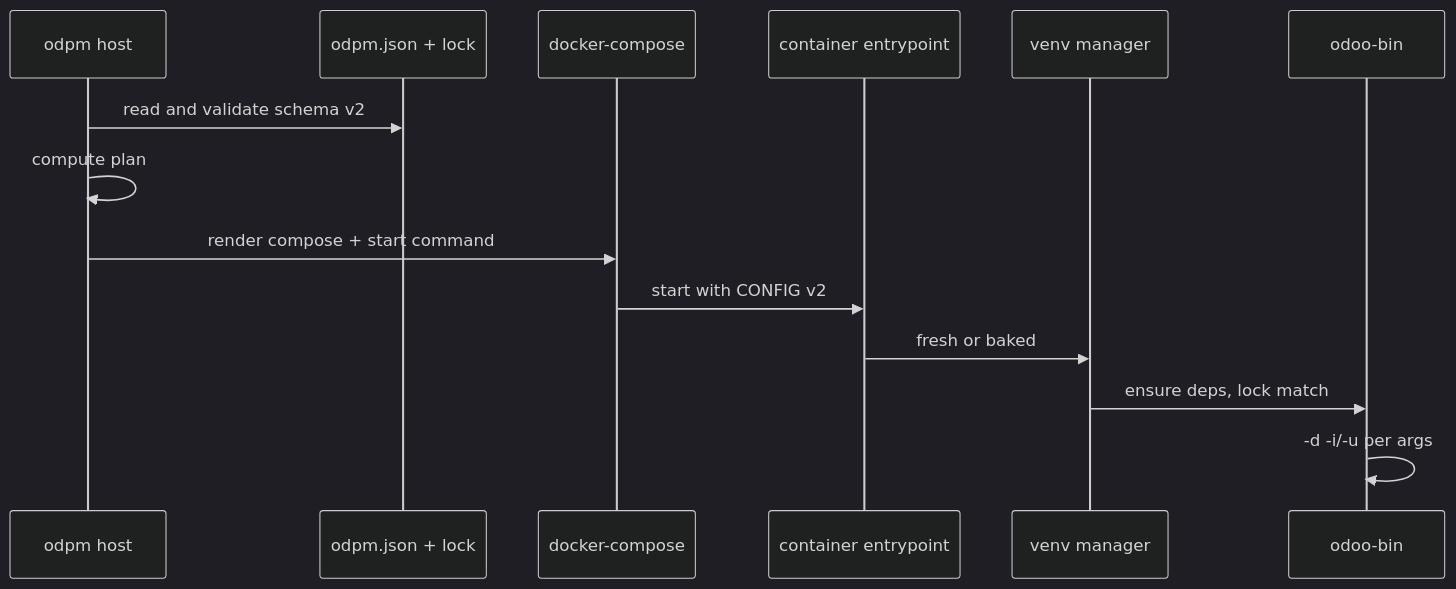
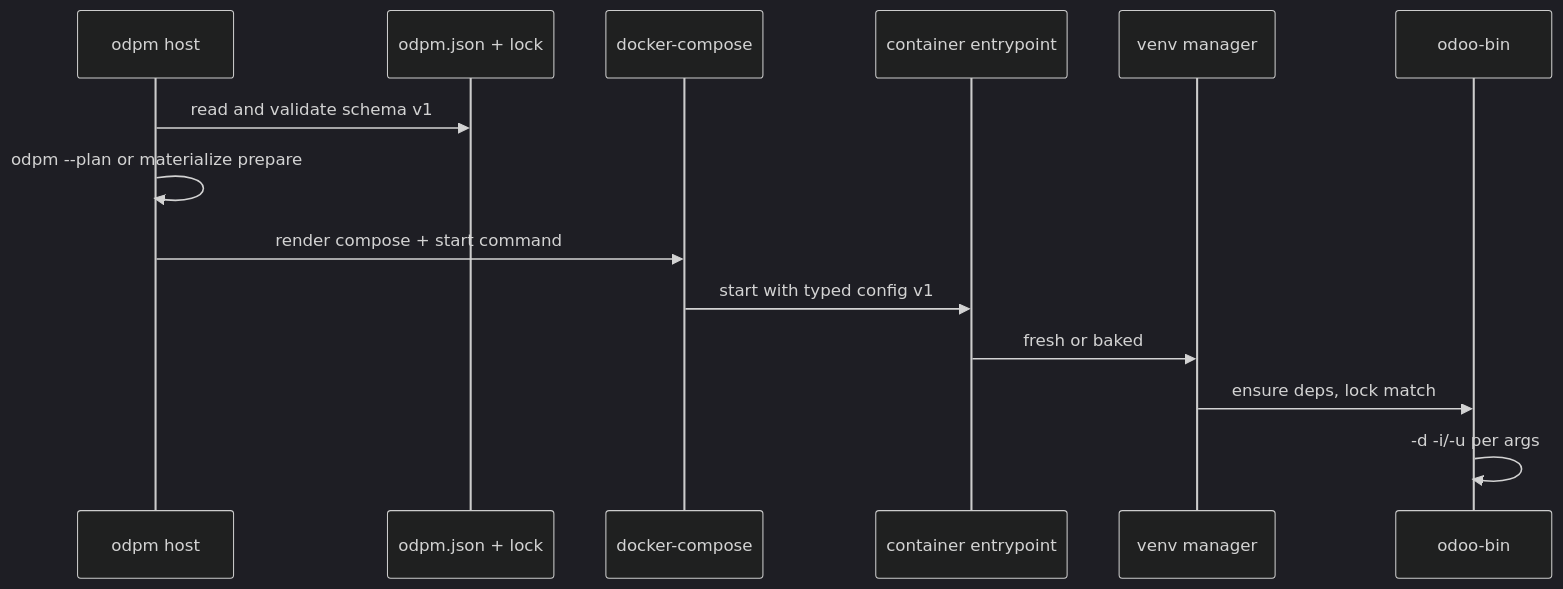
The third of 7 diagrams in goals_ru.md (aayartsev/odpm), drawn with Mermaid (dark theme) before and after one commit. The commit also changed other lines of this file, not shown here.

Commit message:
[4.0][FEATURE] Update goals_ru.md to reflect changes in CLI commands and principles, including enhancements to the odpm --plan functionality and clarifications on dev_mode behavior.

````diff
--- a/goals_ru.md
+++ b/goals_ru.md
@@ -133,17 +133,17 @@
 ```mermaid
 sequenceDiagram
     participant Host as odpm host
     participant Manifest as odpm.json + lock
     participant Compose as docker-compose
     participant Entry as container entrypoint
     participant Venv as venv manager
     participant Odoo as odoo-bin
 
-    Host->>Manifest: read and validate schema v2
-    Host->>Host: compute plan
+    Host->>Manifest: read and validate schema v1
+    Host->>Host: odpm --plan or materialize prepare
     Host->>Compose: render compose + start command
-    Compose->>Entry: start with CONFIG v2
+    Compose->>Entry: start with typed config v1
     Entry->>Venv: fresh or baked
     Venv->>Odoo: ensure deps, lock match
     Odoo->>Odoo: -d -i/-u per args
 ```
````
